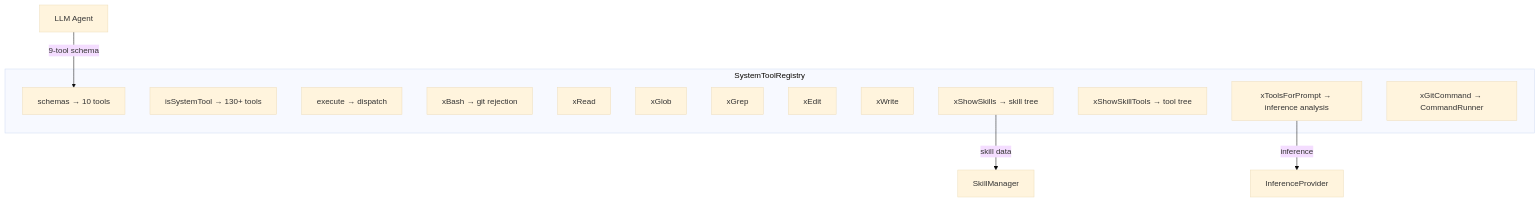
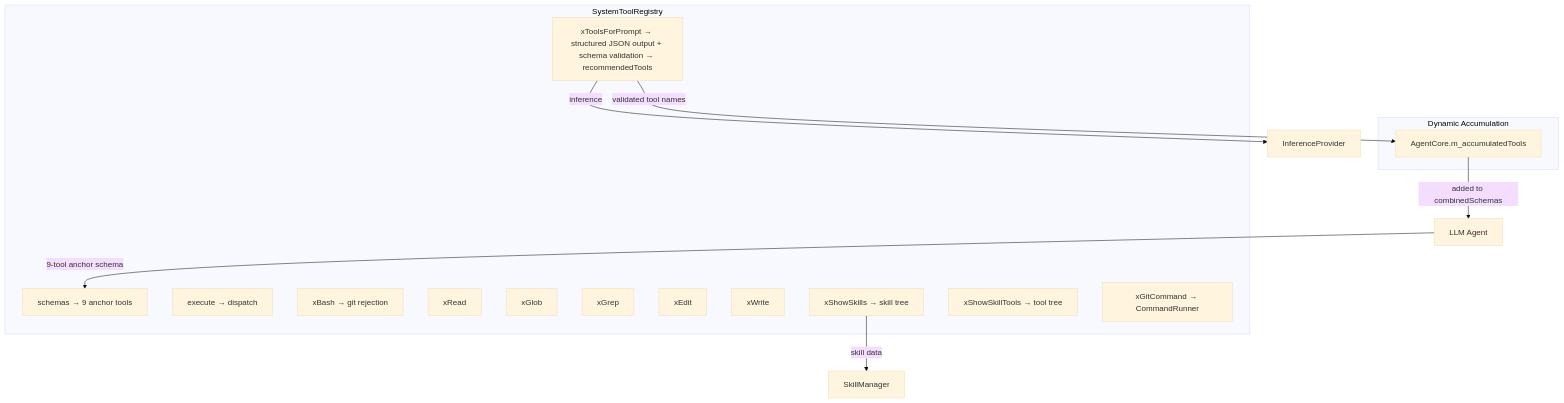
The first of 2 diagrams in src/system_tools.spec.md (opensassi/a0), drawn with Mermaid (base theme) before and after one commit. The commit also changed other lines of this file and 10 other files, not shown here.

Commit message:
2026-05-31-dynamic-tool-accumulation-17fb83287ffeLbBFOqKKH7o5mQ

````diff
--- a/src/system_tools.spec.md
+++ b/src/system_tools.spec.md
@@ -87,25 +87,30 @@
 ```mermaid
 graph TB
     subgraph "SystemToolRegistry"
-        SCHEMA[schemas → 10 tools]
-        isSys[isSystemTool → 130+ tools]
+        SCHEMA[schemas → 9 anchor tools]
         EXEC[execute → dispatch]
 
         BASH[xBash → git rejection]
         READ[xRead]
         GLOB[xGlob]
         GREP[xGrep]
         EDIT[xEdit]
         WRITE[xWrite]
 
         SKILLS[xShowSkills → skill tree]
         TOOLS[xShowSkillTools → tool tree]
-        PROMPT[xToolsForPrompt → inference analysis]
+        PROMPT[xToolsForPrompt → structured JSON output + schema validation → recommendedTools]
 
         GIT[xGitCommand → CommandRunner]
     end
 
-    LLM[LLM Agent] -->|9-tool schema| SCHEMA
+    subgraph "Dynamic Accumulation"
+        ACCUM[AgentCore.m_accumulatedTools]
+    end
+
+    LLM[LLM Agent] -->|9-tool anchor schema| SCHEMA
+    PROMPT -->|validated tool names| ACCUM
+    ACCUM -->|added to combinedSchemas| LLM
     PROMPT -->|inference| INF[InferenceProvider]
     SKILLS -->|skill data| MGR[SkillManager]
 ```
````
